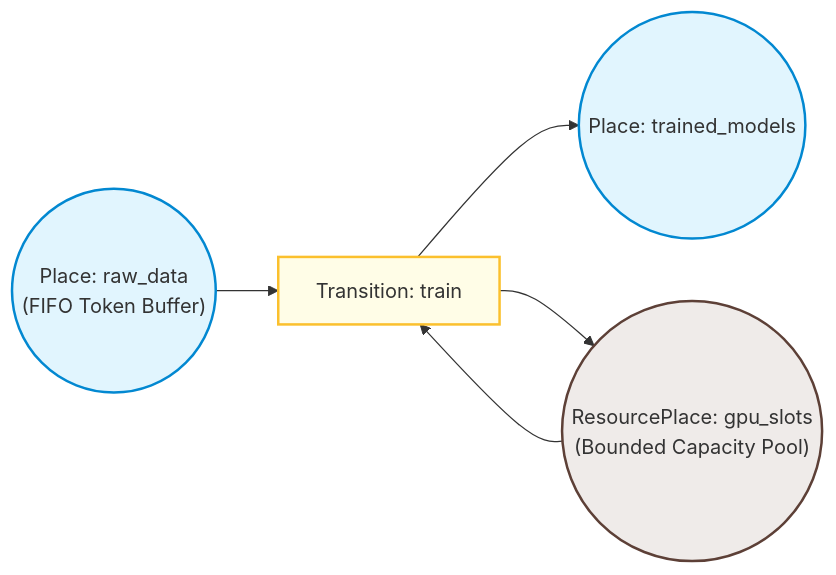
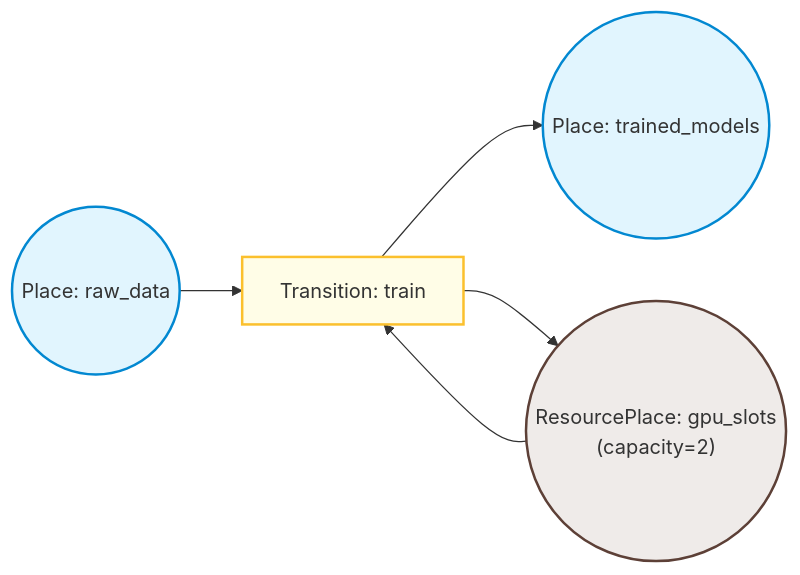
Before and after one commit to philgresh/cpnx: the diagram in README.md, drawn with Mermaid. The commit also changed other lines of this file, not shown here.

````diff
--- a/README.md
+++ b/README.md
@@ -85,12 +78,12 @@
 ```mermaid
 graph LR
-    raw_data(("Place: raw_data<br>(FIFO Token Buffer)")) --> train[Transition: train]
-    gpu_slots(("ResourcePlace: gpu_slots<br>(Bounded Capacity Pool)")) --> train
+    raw_data(("Place: raw_data")) --> train[Transition: train]
+    gpu_slots(("ResourcePlace: gpu_slots\n(capacity=2)")) --> train
     train --> trained_models(("Place: trained_models"))
     train --> gpu_slots
 
     style raw_data fill:#e1f5fe,stroke:#0288d1,stroke-width:2px
     style trained_models fill:#e1f5fe,stroke:#0288d1,stroke-width:2px
     style gpu_slots fill:#efebe9,stroke:#5d4037,stroke-width:2px
     style train fill:#fffde7,stroke:#fbc02d,stroke-width:2px
 ```
````
